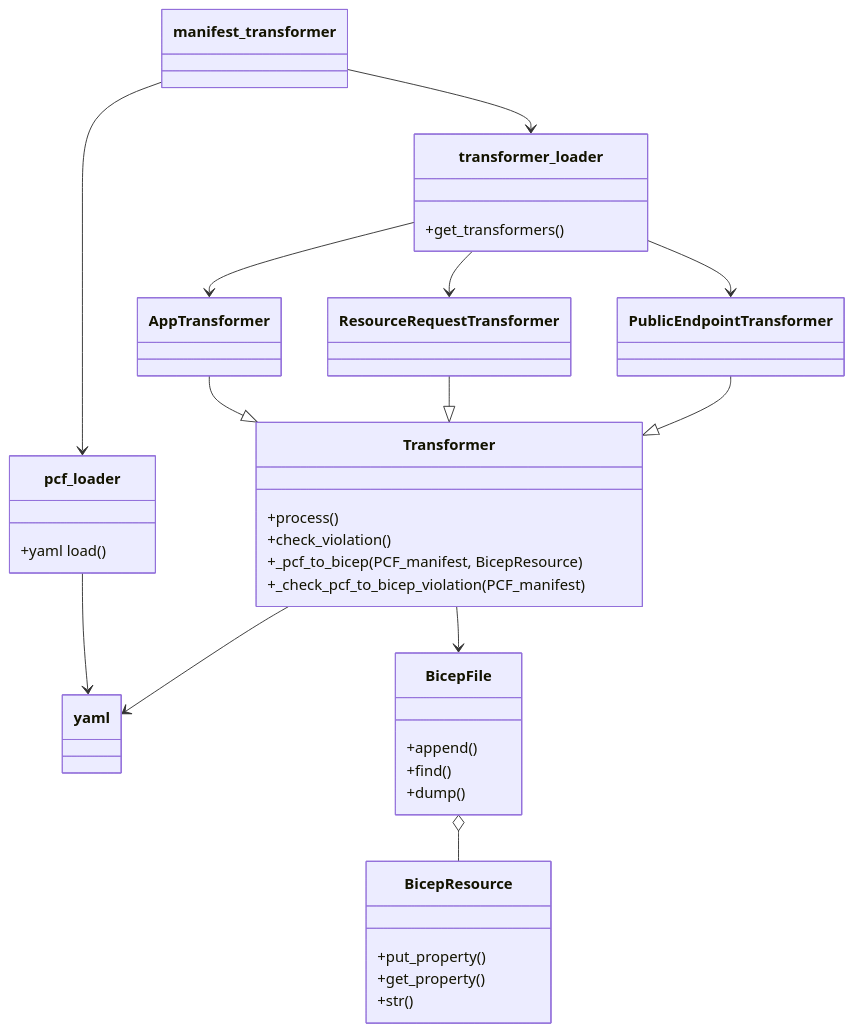
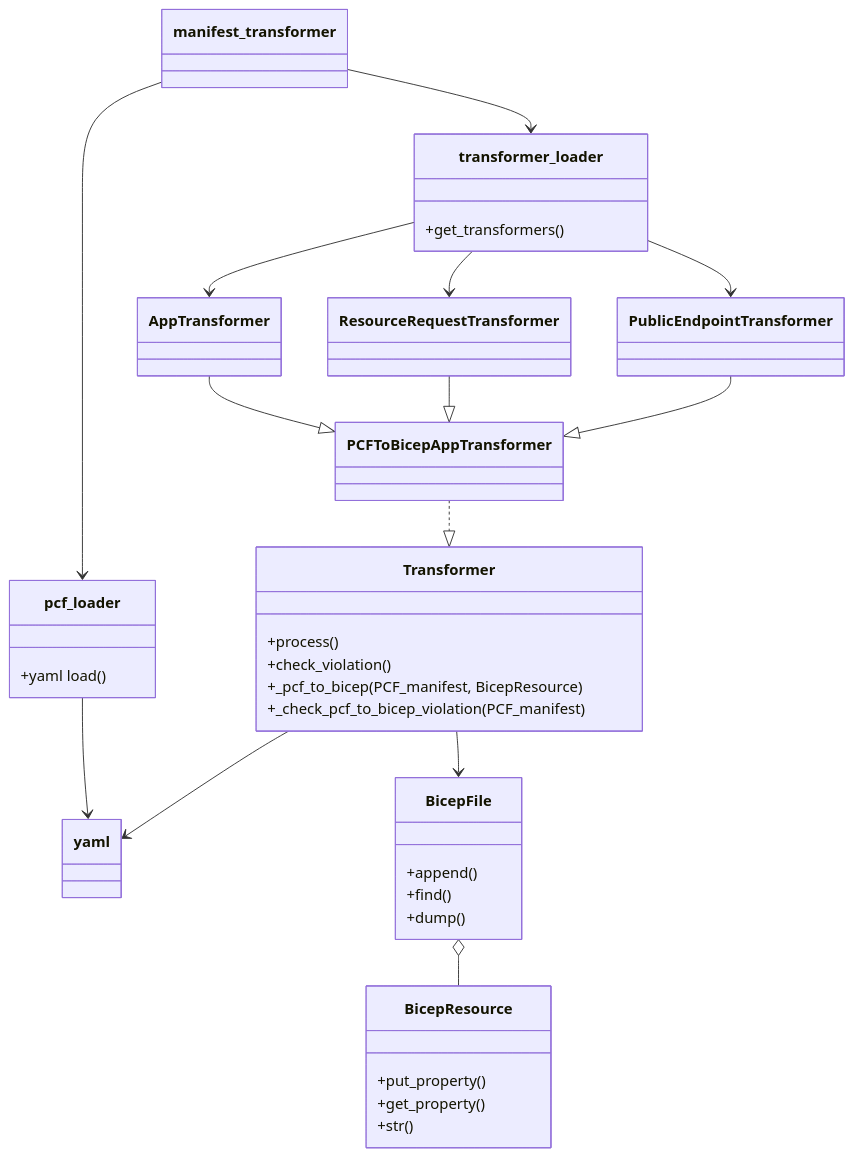
Before and after one commit to yuwzho/azure-cli-extensions: the diagram in src/spring/azext_spring/manifest_transformer/README.md, drawn with Mermaid.

````diff
--- a/src/spring/azext_spring/manifest_transformer/README.md
+++ b/src/spring/azext_spring/manifest_transformer/README.md
@@ -5,33 +5,33 @@
 ```mermaid
 classDiagram
    manifest_transformer -->  pcf_loader
    pcf_loader --> yaml
    Transformer --> yaml
    Transformer: +process()
    Transformer: +check_violation()
    Transformer: +_pcf_to_bicep(PCF_manifest, BicepResource)
    Transformer: +_check_pcf_to_bicep_violation(PCF_manifest)
    manifest_transformer -->  transformer_loader
    transformer_loader --> AppTransformer
    transformer_loader --> ResourceRequestTransformer
    transformer_loader --> PublicEndpointTransformer
    transformer_loader: +get_transformers()
    pcf_loader: +yaml load()
    Transformer --> BicepFile
    BicepFile o-- BicepResource
-   AppTransformer --|> Transformer
-   ResourceRequestTransformer --|> Transformer
-   PublicEndpointTransformer --|> Transformer
-
+   PCFToBicepAppTransformer ..|> Transformer
+   AppTransformer --|> PCFToBicepAppTransformer
+   ResourceRequestTransformer --|> PCFToBicepAppTransformer
+   PublicEndpointTransformer --|> PCFToBicepAppTransformer
 
    class BicepFile {
     +append()
     +find()
     +dump()
    }
    class BicepResource {
     +put_property()
     +get_property()
     +str()
    }
 ```
````
